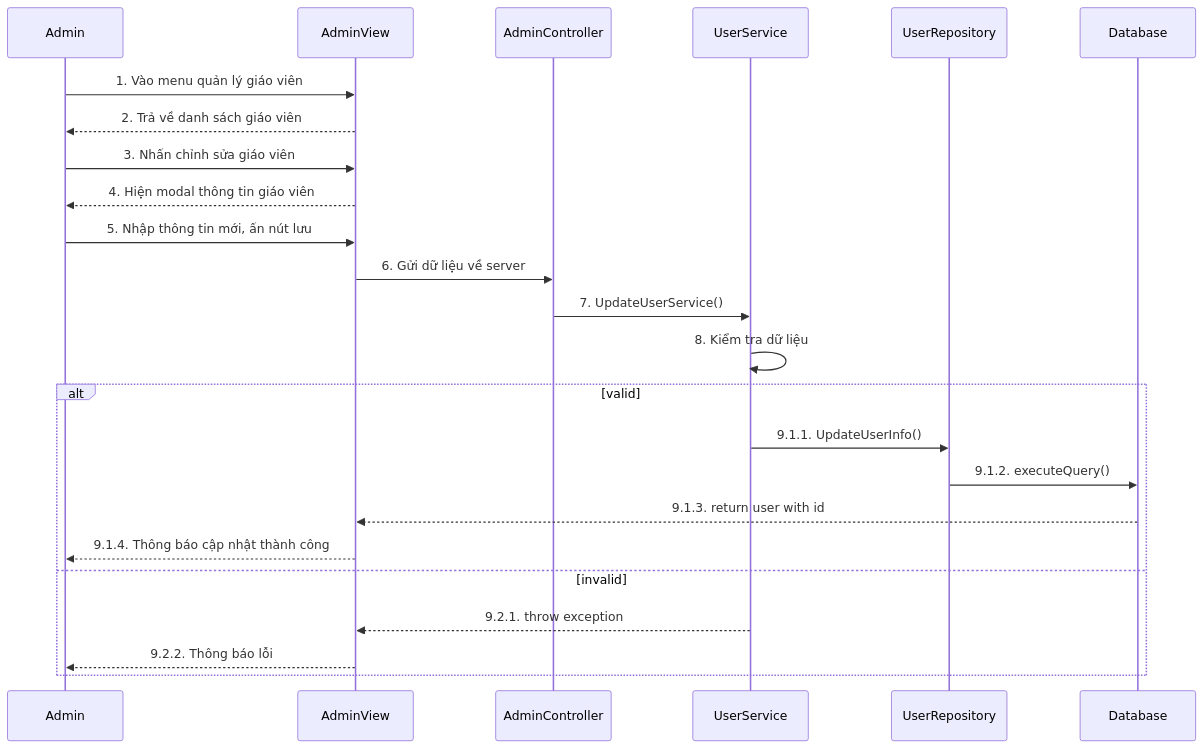
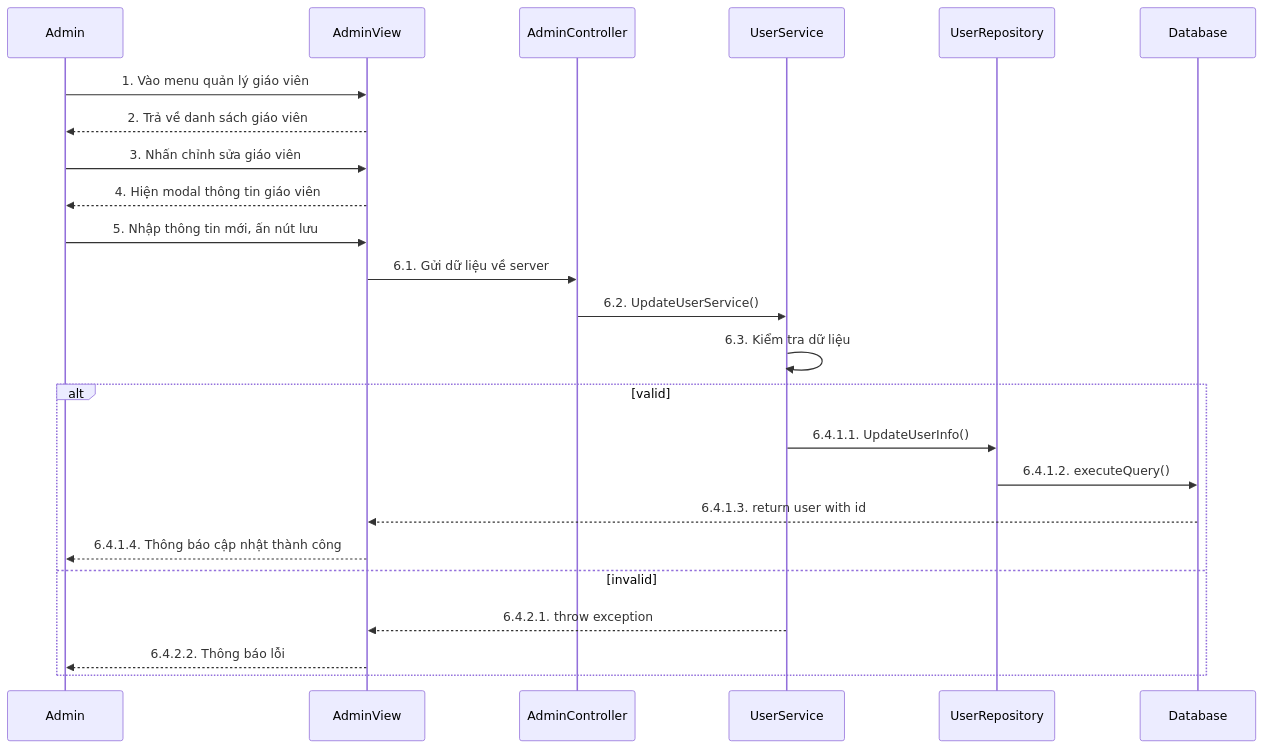
Before and after one commit to LienNTB/sequence-CNPM: the diagram in sequence/admin/Sequence-2-2.CapNhatThongTinThongThuong.mmd, drawn with Mermaid. The commit also changed 7 other files, not shown here.

```diff
--- a/sequence/admin/Sequence-2-2.CapNhatThongTinThongThuong.mmd
+++ b/sequence/admin/Sequence-2-2.CapNhatThongTinThongThuong.mmd
@@ -1,29 +1,29 @@
 
 sequenceDiagram
     participant Admin
     participant AdminView
     participant AdminController
     participant UserService
     participant UserRepository
     participant Database
 
     Admin->>AdminView: 1. Vào menu quản lý giáo viên
     AdminView-->>Admin: 2. Trả về danh sách giáo viên
     Admin->>AdminView: 3. Nhấn chỉnh sửa giáo viên
     AdminView-->>Admin: 4. Hiện modal thông tin giáo viên
     Admin->>AdminView: 5. Nhập thông tin mới, ấn nút lưu
     
-    AdminView->>AdminController: 6. Gửi dữ liệu về server
-    AdminController->>UserService: 7. UpdateUserService()
-    UserService->>UserService: 8. Kiểm tra dữ liệu
+    AdminView->>AdminController: 6.1. Gửi dữ liệu về server
+    AdminController->>UserService: 6.2. UpdateUserService()
+    UserService->>UserService: 6.3. Kiểm tra dữ liệu
 
     alt valid
-        UserService->>UserRepository: 9.1.1. UpdateUserInfo()
-        UserRepository->>Database: 9.1.2. executeQuery()
+        UserService->>UserRepository: 6.4.1.1. UpdateUserInfo()
+        UserRepository->>Database: 6.4.1.2. executeQuery()
         
-        Database-->>AdminView: 9.1.3. return user with id
-        AdminView-->>Admin: 9.1.4. Thông báo cập nhật thành công
+        Database-->>AdminView: 6.4.1.3. return user with id
+        AdminView-->>Admin: 6.4.1.4. Thông báo cập nhật thành công
     else invalid
-        UserService-->>AdminView: 9.2.1. throw exception
-        AdminView-->>Admin: 9.2.2. Thông báo lỗi
+        UserService-->>AdminView: 6.4.2.1. throw exception
+        AdminView-->>Admin: 6.4.2.2. Thông báo lỗi
     end
```
